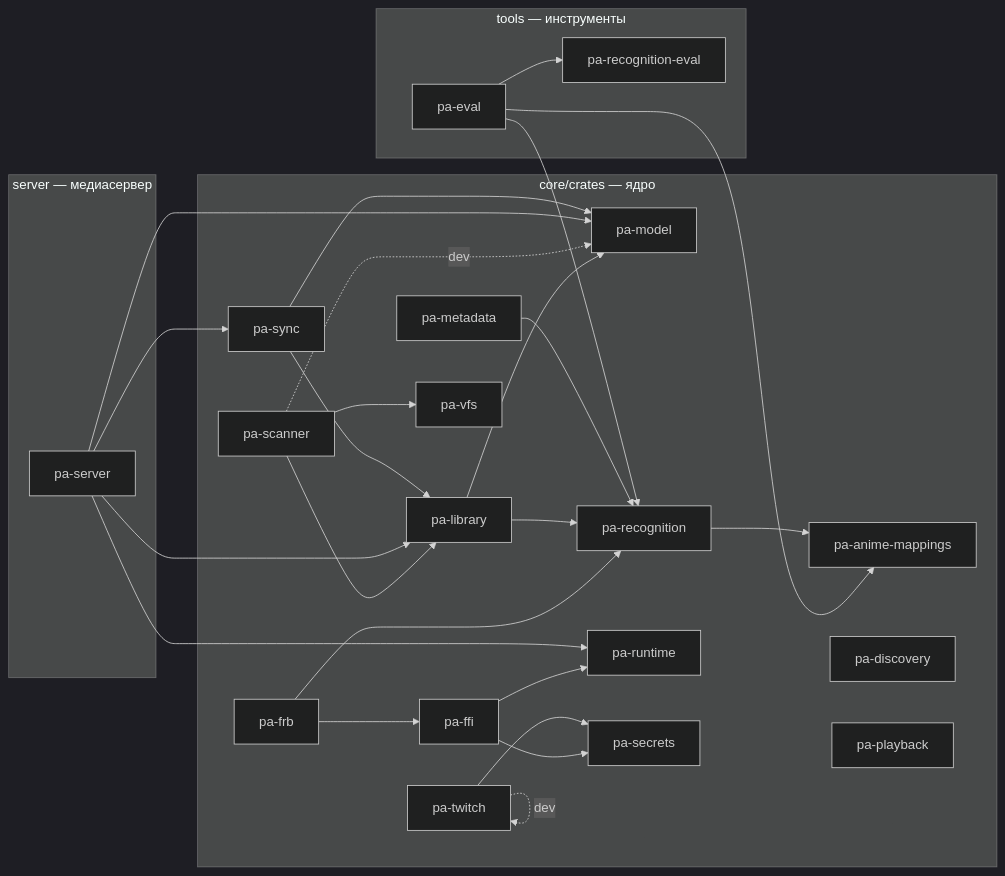
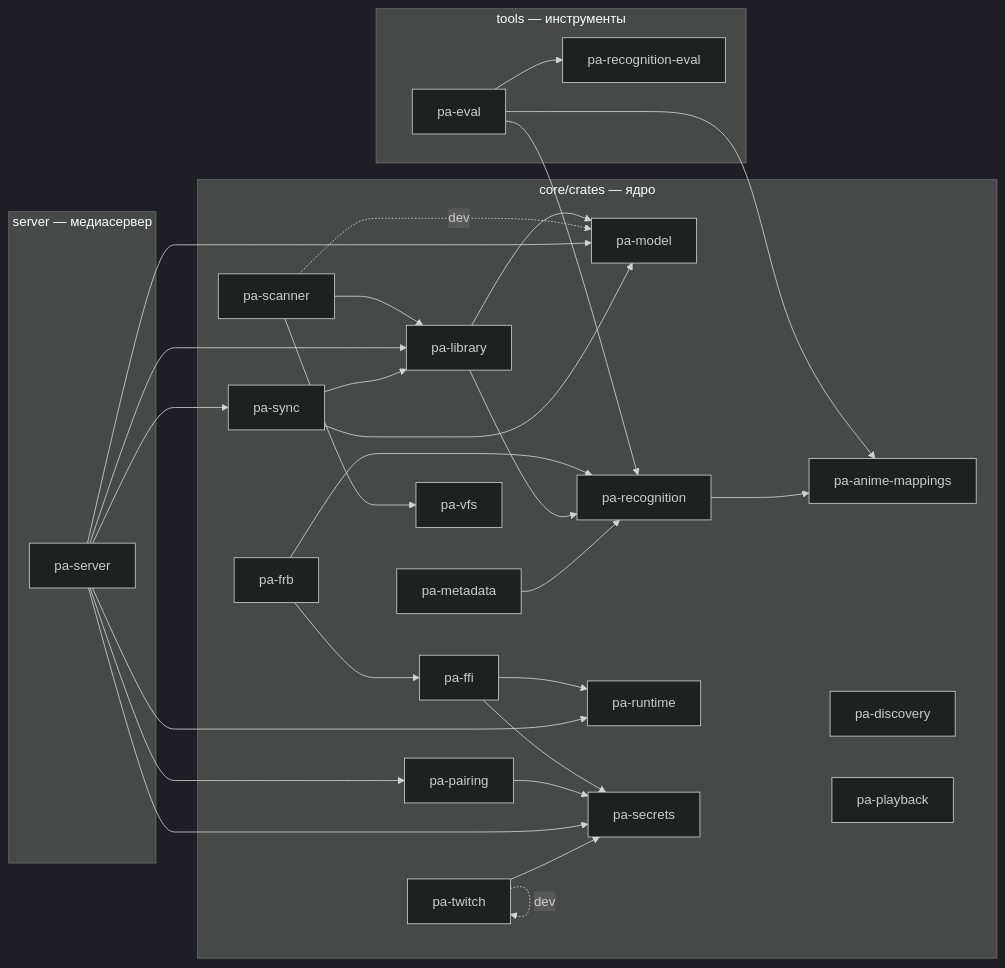
The diagram in docs/dev/crate-graph.md (DenisHumen/project_alpha), drawn with Mermaid (dark theme) before and after one commit. The commit also changed other lines of this file and 4 other files, not shown here.

````diff
--- a/docs/dev/crate-graph.md
+++ b/docs/dev/crate-graph.md
@@ -12,49 +12,53 @@
 ```mermaid
 flowchart LR
   subgraph g0["core/crates — ядро"]
     pa_anime_mappings["pa-anime-mappings"]
     pa_discovery["pa-discovery"]
     pa_ffi["pa-ffi"]
     pa_frb["pa-frb"]
     pa_library["pa-library"]
     pa_metadata["pa-metadata"]
     pa_model["pa-model"]
+    pa_pairing["pa-pairing"]
     pa_playback["pa-playback"]
     pa_recognition["pa-recognition"]
     pa_runtime["pa-runtime"]
     pa_scanner["pa-scanner"]
     pa_secrets["pa-secrets"]
     pa_sync["pa-sync"]
     pa_twitch["pa-twitch"]
     pa_vfs["pa-vfs"]
   end
   subgraph g1["server — медиасервер"]
     pa_server["pa-server"]
   end
   subgraph g2["tools — инструменты"]
     pa_eval["pa-eval"]
     pa_recognition_eval["pa-recognition-eval"]
   end
   pa_eval --> pa_anime_mappings
   pa_eval --> pa_recognition
   pa_eval --> pa_recognition_eval
   pa_ffi --> pa_runtime
   pa_ffi --> pa_secrets
   pa_frb --> pa_ffi
   pa_frb --> pa_recognition
   pa_library --> pa_model
   pa_library --> pa_recognition
   pa_metadata --> pa_recognition
+  pa_pairing --> pa_secrets
   pa_recognition --> pa_anime_mappings
   pa_scanner --> pa_library
   pa_scanner -. dev .-> pa_model
   pa_scanner --> pa_vfs
   pa_server --> pa_library
   pa_server --> pa_model
+  pa_server --> pa_pairing
   pa_server --> pa_runtime
+  pa_server --> pa_secrets
   pa_server --> pa_sync
   pa_sync --> pa_library
   pa_sync --> pa_model
   pa_twitch --> pa_secrets
   pa_twitch -. dev .-> pa_twitch
 ```
````
